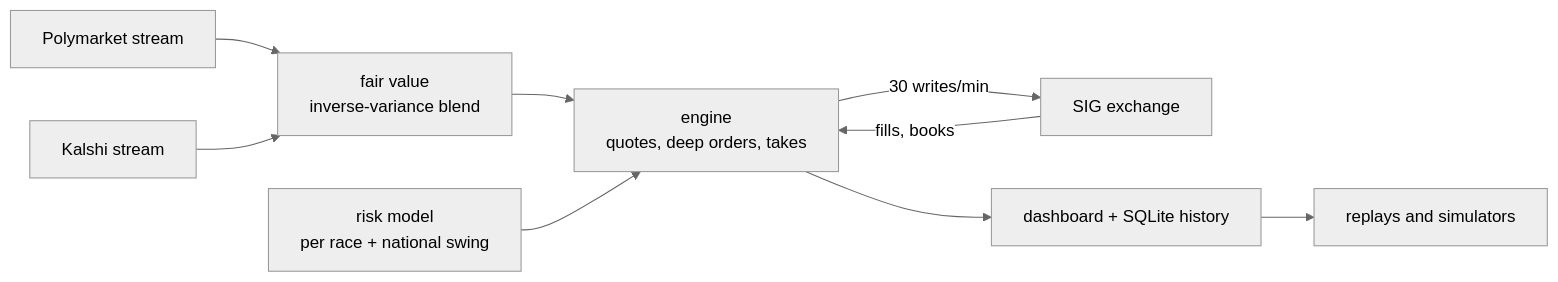
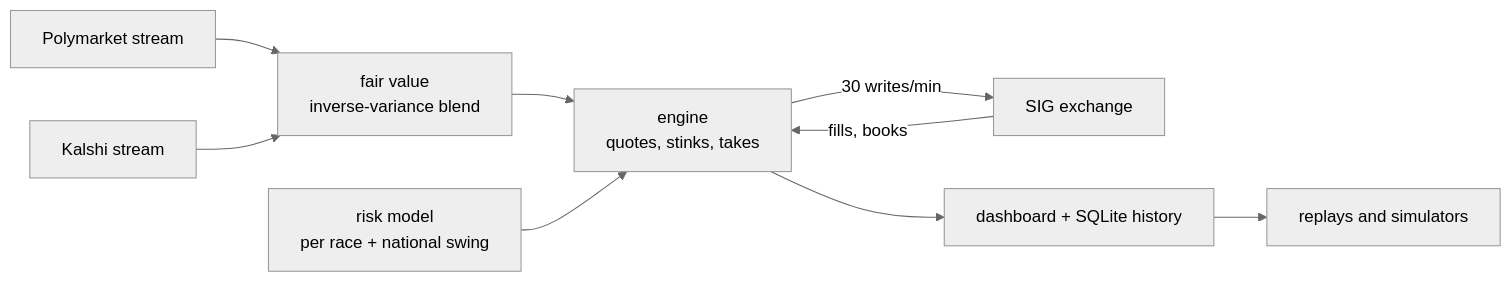
One commit to IHateVolatility/SIG-Prediction-Cup changed the diagram in README.md. Above: the diagram before and after it, drawn with Mermaid (neutral theme). The commit also changed other lines of this file, not shown here.

````diff
--- a/README.md
+++ b/README.md
@@ -37,11 +43,11 @@
 ```mermaid
 flowchart LR
     PM[Polymarket stream] --> F[fair value<br/>inverse-variance blend]
     KS[Kalshi stream] --> F
-    F --> E[engine<br/>quotes, deep orders, takes]
+    F --> E[engine<br/>quotes, stinks, takes]
     R[risk model<br/>per race + national swing] --> E
     E -->|30 writes/min| SIG[SIG exchange]
     SIG -->|fills, books| E
     E --> D[dashboard + SQLite history]
     D --> S[replays and simulators]
 ```
````
